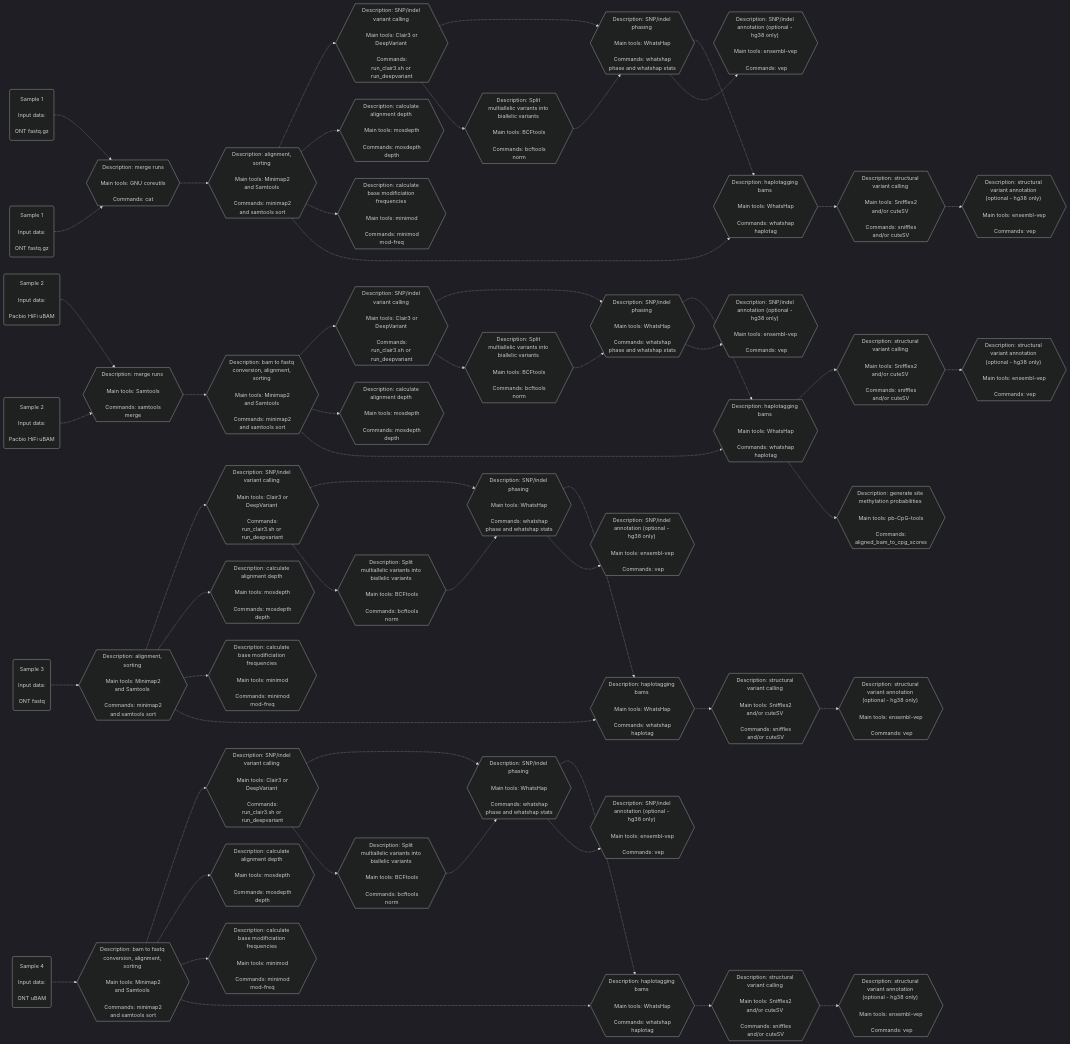
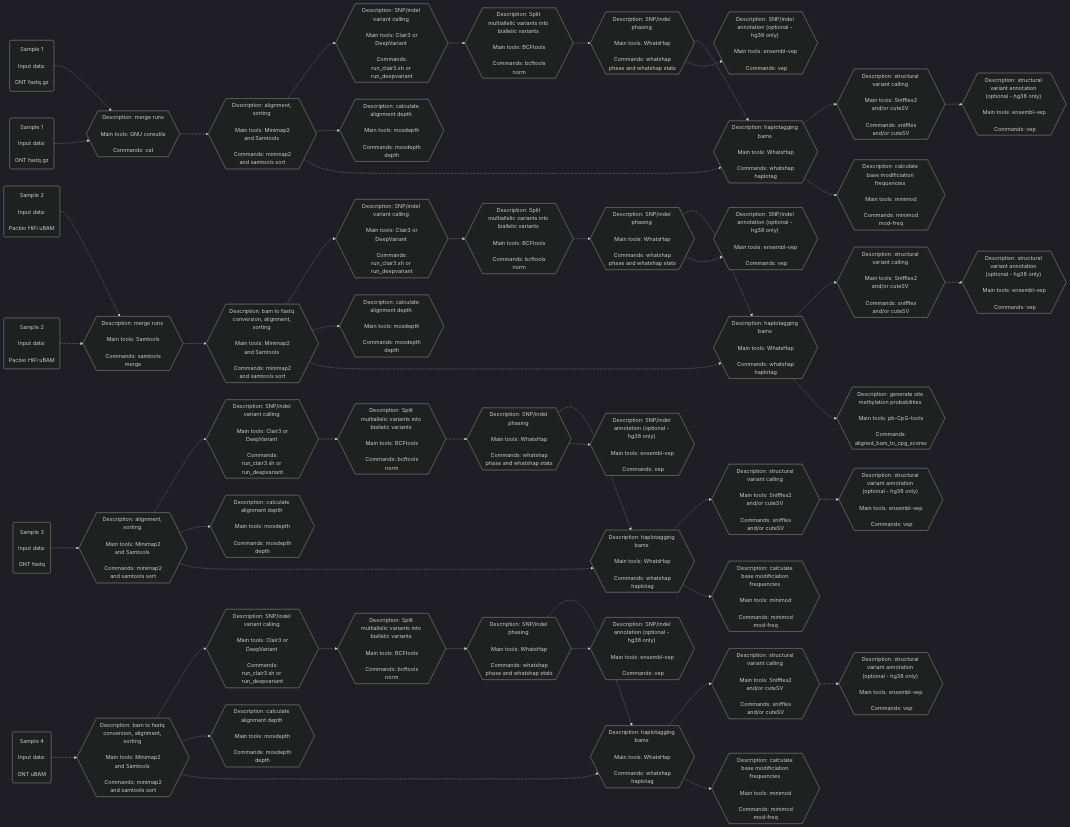
The second of 2 diagrams in README.md (leahkemp/pipeface), drawn with Mermaid before and after one commit.

```diff
--- a/README.md
+++ b/README.md
@@ -108,33 +108,32 @@
 sv_annotation_s3{{"Description: structural variant annotation (optional - hg38 only)" <br><br> Main tools: ensembl-vep <br><br> Commands: vep}}
 sv_annotation_s4{{"Description: structural variant annotation (optional - hg38 only)" <br><br> Main tools: ensembl-vep <br><br> Commands: vep}}
 
-ont_data_f1-.->merging_m1-.->alignment_s1-.->snp_indel_calling_s1-.->snp_indel_phasing_s1-.->haplotagging_s1-.->sv_calling_s1
+ont_data_f1-.->merging_m1-.->alignment_s1-.->snp_indel_calling_s1-.->split_multiallele_s1-.->snp_indel_phasing_s1-.->haplotagging_s1-.->sv_calling_s1
 ont_data_f2-.->merging_m1
-pacbio_data_f3-.->merging_m2-.->alignment_s2-.->snp_indel_calling_s2-.->snp_indel_phasing_s2-.->haplotagging_s2-.->sv_calling_s2
+pacbio_data_f3-.->merging_m2-.->alignment_s2-.->snp_indel_calling_s2-.->split_multiallele_s2-.->snp_indel_phasing_s2-.->haplotagging_s2-.->sv_calling_s2
 pacbio_data_f4-.->merging_m2
-ont_data_f5-.->alignment_s3-.->snp_indel_calling_s3-.->snp_indel_phasing_s3-.->haplotagging_s3-.->sv_calling_s3
-ont_data_f6-.->alignment_s4-.->snp_indel_calling_s4-.->snp_indel_phasing_s4-.->haplotagging_s4-.->sv_calling_s4
+ont_data_f5-.->alignment_s3-.->snp_indel_calling_s3-.->split_multiallele_s3-.->snp_indel_phasing_s3-.->haplotagging_s3-.->sv_calling_s3
+ont_data_f6-.->alignment_s4-.->snp_indel_calling_s4-.->split_multiallele_s4-.->snp_indel_phasing_s4-.->haplotagging_s4-.->sv_calling_s4
 
 alignment_s1-.->depth_s1
 alignment_s2-.->depth_s2
 alignment_s3-.->depth_s3
 alignment_s4-.->depth_s4
 
-alignment_s1-.->calculate_base_mod_freqs_s1
-alignment_s3-.->calculate_base_mod_freqs_s3
-alignment_s4-.->calculate_base_mod_freqs_s4
-
 alignment_s1-.->haplotagging_s1
 alignment_s2-.->haplotagging_s2
 alignment_s3-.->haplotagging_s3
 alignment_s4-.->haplotagging_s4
 
+haplotagging_s1-.->calculate_base_mod_freqs_s1
 haplotagging_s2-.->generate_meth_probs_s2
+haplotagging_s3-.->calculate_base_mod_freqs_s3
+haplotagging_s4-.->calculate_base_mod_freqs_s4
 
-snp_indel_calling_s1-.->split_multiallele_s1-.->snp_indel_phasing_s1-.->snp_indel_annotation_s1
-snp_indel_calling_s2-.->split_multiallele_s2-.->snp_indel_phasing_s2-.->snp_indel_annotation_s2
-snp_indel_calling_s3-.->split_multiallele_s3-.->snp_indel_phasing_s3-.->snp_indel_annotation_s3
-snp_indel_calling_s4-.->split_multiallele_s4-.->snp_indel_phasing_s4-.->snp_indel_annotation_s4
+snp_indel_phasing_s1-.->snp_indel_annotation_s1
+snp_indel_phasing_s2-.->snp_indel_annotation_s2
+snp_indel_phasing_s3-.->snp_indel_annotation_s3
+snp_indel_phasing_s4-.->snp_indel_annotation_s4
 
 sv_calling_s1-.->sv_annotation_s1
 sv_calling_s2-.->sv_annotation_s2
```
